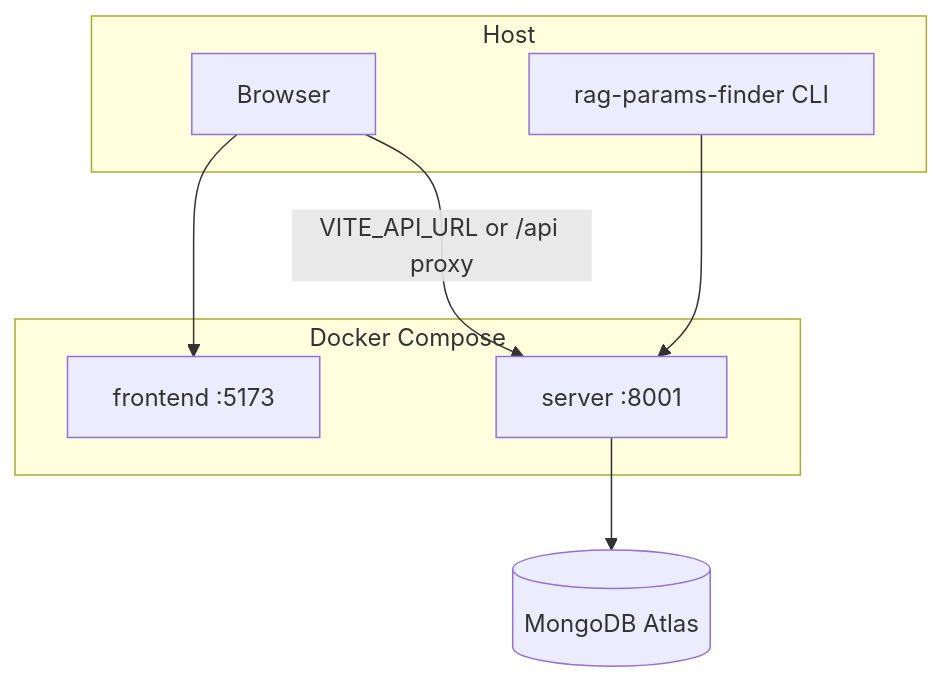
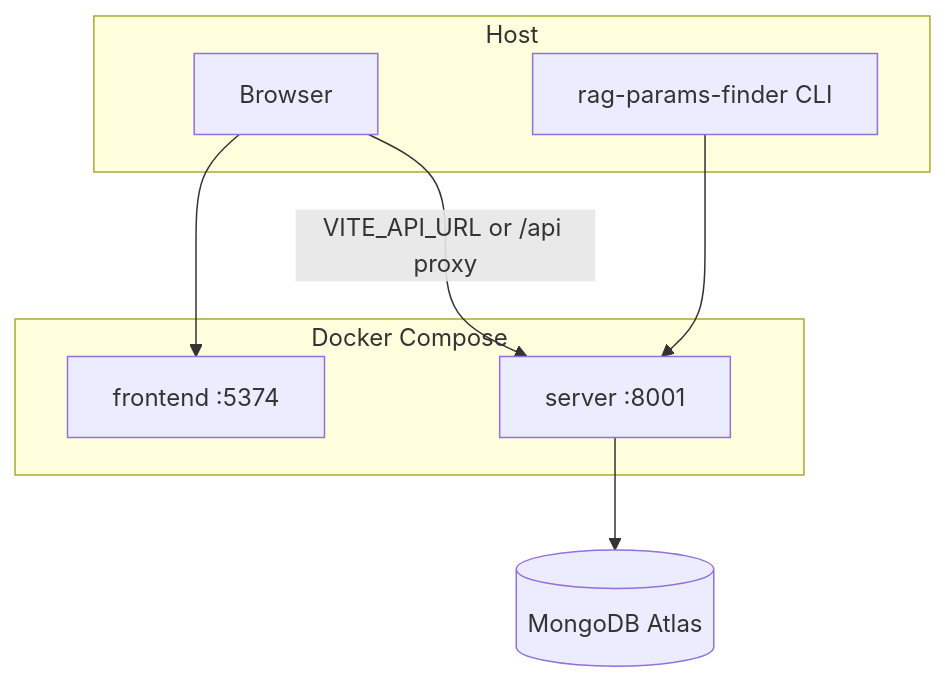
Before and after one commit to neomatrix369/rag-params-finder: the diagram in docs/slices/SLICE-14-DOCKER-COMPOSE.md, drawn with Mermaid. The commit also changed other lines of this file and 34 other files, not shown here.

````diff
--- a/docs/slices/SLICE-14-DOCKER-COMPOSE.md
+++ b/docs/slices/SLICE-14-DOCKER-COMPOSE.md
@@ -36,16 +36,16 @@
 ```mermaid
 flowchart TB
   subgraph host [Host]
     Browser[Browser]
     CLI[rag-params-finder CLI]
   end
   subgraph compose [Docker Compose]
-    FE[frontend :5173]
+    FE[frontend :5374]
     SRV[server :8001]
   end
   Atlas[(MongoDB Atlas)]
   Browser --> FE
   Browser -->|"VITE_API_URL or /api proxy"| SRV
   CLI --> SRV
   SRV --> Atlas
 ```
````
